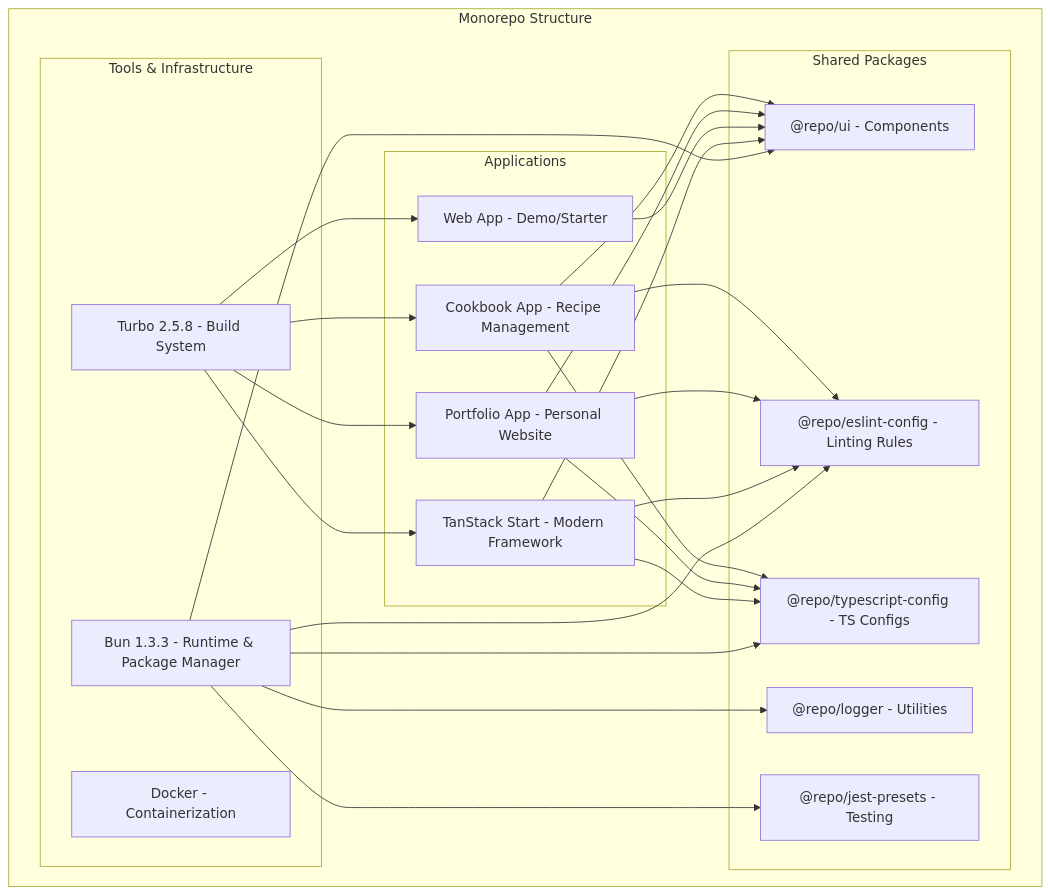
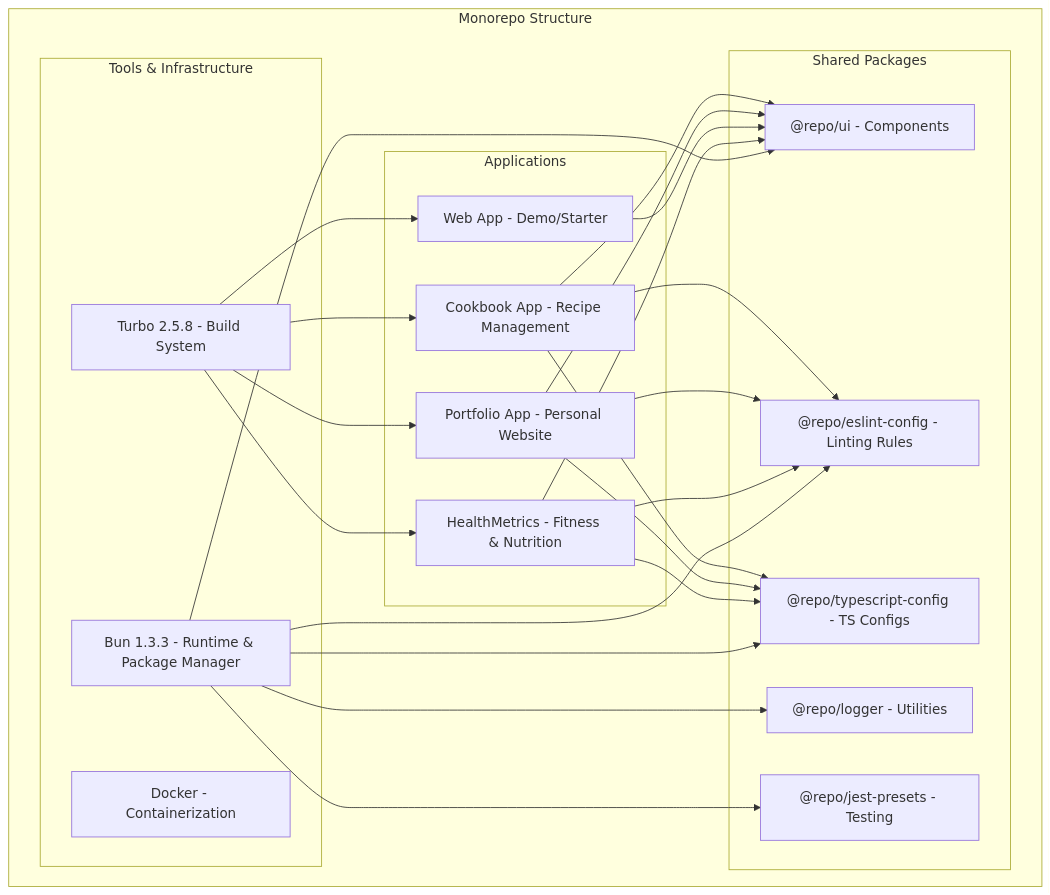
One commit to hd719/nextjs-monorepo changed the diagram in README.md. Above: the diagram before and after it, drawn with Mermaid. The commit also changed other lines of this file, not shown here.

````diff
--- a/README.md
+++ b/README.md
@@ -21,46 +22,46 @@
 ```mermaid
 graph TB
     subgraph "Monorepo Structure"
         subgraph "Applications"
             A1["Cookbook App - Recipe Management"]
             A2["Portfolio App - Personal Website"]
             A3["Web App - Demo/Starter"]
-            A4["TanStack Start - Modern Framework"]
+            A4["HealthMetrics - Fitness & Nutrition"]
         end
 
         subgraph "Shared Packages"
             P1["@repo/ui - Components"]
             P2["@repo/eslint-config - Linting Rules"]
             P3["@repo/typescript-config - TS Configs"]
             P4["@repo/logger - Utilities"]
             P5["@repo/jest-presets - Testing"]
         end
 
         subgraph "Tools & Infrastructure"
             T1["Turbo 2.5.8 - Build System"]
             T2["Bun 1.3.3 - Runtime & Package Manager"]
             T3["Docker - Containerization"]
         end
     end
 
     A1 --> P1
     A1 --> P2
     A1 --> P3
     A2 --> P1
     A2 --> P2
     A2 --> P3
     A3 --> P1
     A4 --> P1
     A4 --> P2
     A4 --> P3
 
     T1 --> A1
     T1 --> A2
     T1 --> A3
     T1 --> A4
     T2 --> P1
     T2 --> P2
     T2 --> P3
     T2 --> P4
     T2 --> P5
 ```
````
